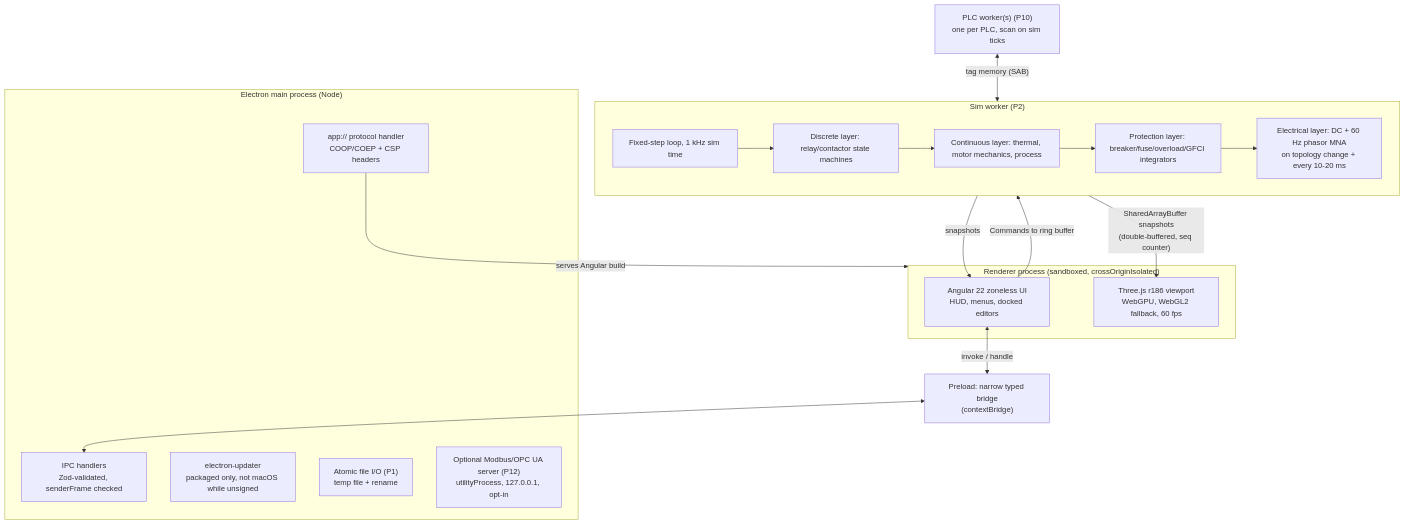
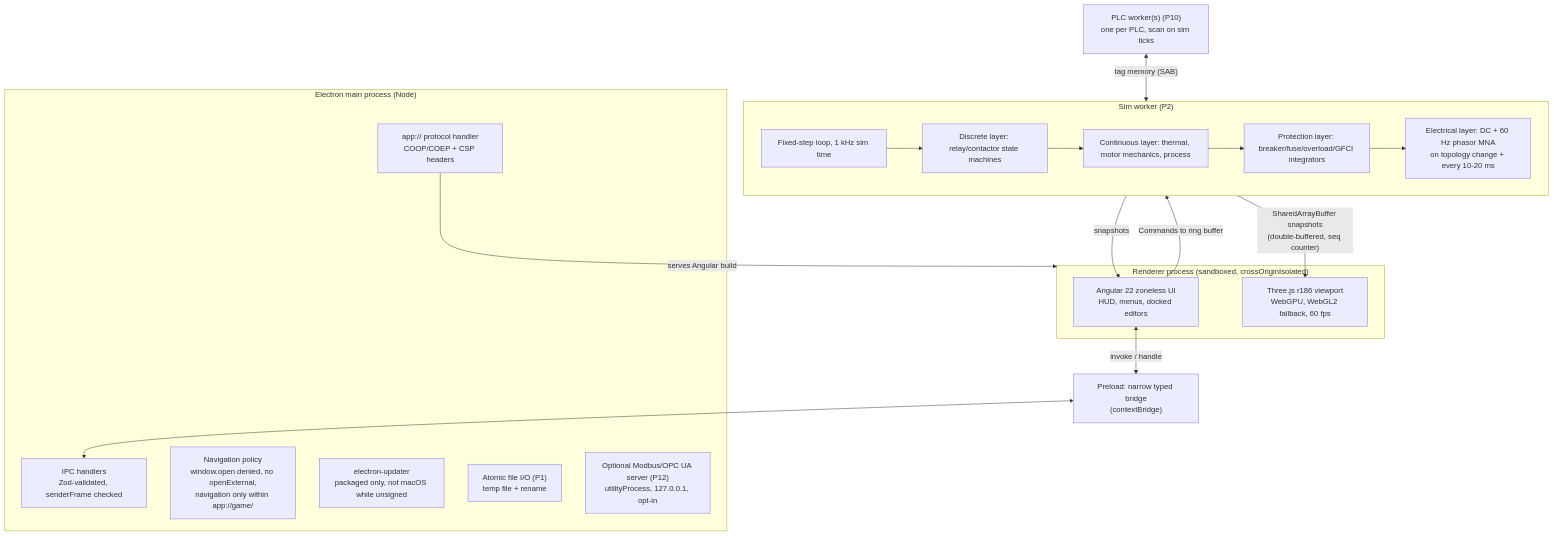
The first of 3 diagrams in docs/architecture/overview.md (joebarbere/controls), drawn with Mermaid before and after one commit. The commit also changed 6 other files, not shown here.

First line of the commit message:
fix(desktop): deny window.open external links outside the allow-listed IPC (P4) (#139)

````diff
--- a/docs/architecture/overview.md
+++ b/docs/architecture/overview.md
@@ -28,35 +28,36 @@
 ```mermaid
 flowchart TB
     subgraph main["Electron main process (Node)"]
         PROTO["app:// protocol handler<br/>COOP/COEP + CSP headers"]
         IPCH["IPC handlers<br/>Zod-validated, senderFrame checked"]
+        NAV["Navigation policy<br/>window.open denied, no openExternal,<br/>navigation only within app://game/"]
         UPD["electron-updater<br/>packaged only, not macOS while unsigned"]
         FILE["Atomic file I/O (P1)<br/>temp file + rename"]
         NET["Optional Modbus/OPC UA server (P12)<br/>utilityProcess, 127.0.0.1, opt-in"]
     end
 
     subgraph renderer["Renderer process (sandboxed, crossOriginIsolated)"]
         NG["Angular 22 zoneless UI<br/>HUD, menus, docked editors"]
         THREE["Three.js r186 viewport<br/>WebGPU, WebGL2 fallback, 60 fps"]
     end
 
     subgraph simw["Sim worker (P2)"]
         LOOP["Fixed-step loop, 1 kHz sim time"]
         DISC["Discrete layer: relay/contactor state machines"]
         CONT["Continuous layer: thermal, motor mechanics, process"]
         PROT["Protection layer: breaker/fuse/overload/GFCI integrators"]
         ELEC["Electrical layer: DC + 60 Hz phasor MNA<br/>on topology change + every 10-20 ms"]
         LOOP --> DISC --> CONT --> PROT --> ELEC
     end
 
     PLC["PLC worker(s) (P10)<br/>one per PLC, scan on sim ticks"]
 
     PRE["Preload: narrow typed bridge<br/>(contextBridge)"]
     NG <-->|"invoke / handle"| PRE
     PRE <--> IPCH
     PROTO -->|"serves Angular build"| renderer
     NG -->|"Commands to ring buffer"| simw
     simw -->|"SharedArrayBuffer snapshots<br/>(double-buffered, seq counter)"| THREE
     simw -->|"snapshots"| NG
     PLC <-->|"tag memory (SAB)"| simw
 ```
````
